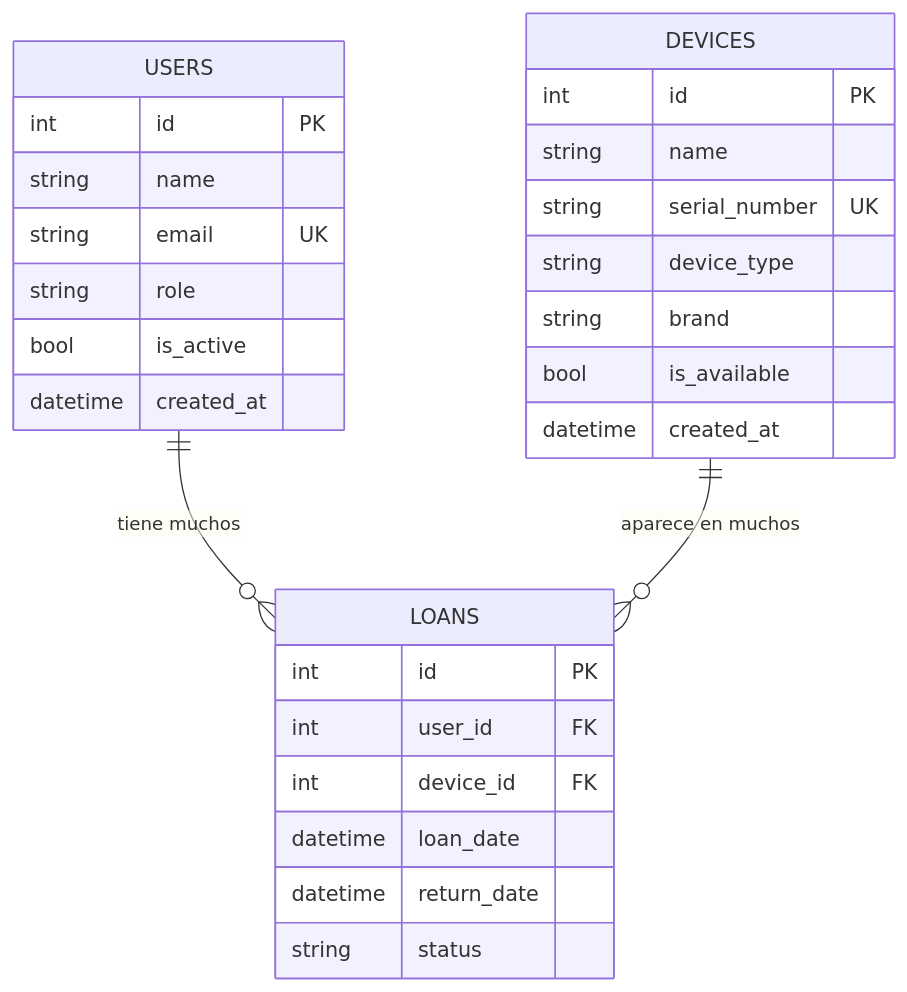
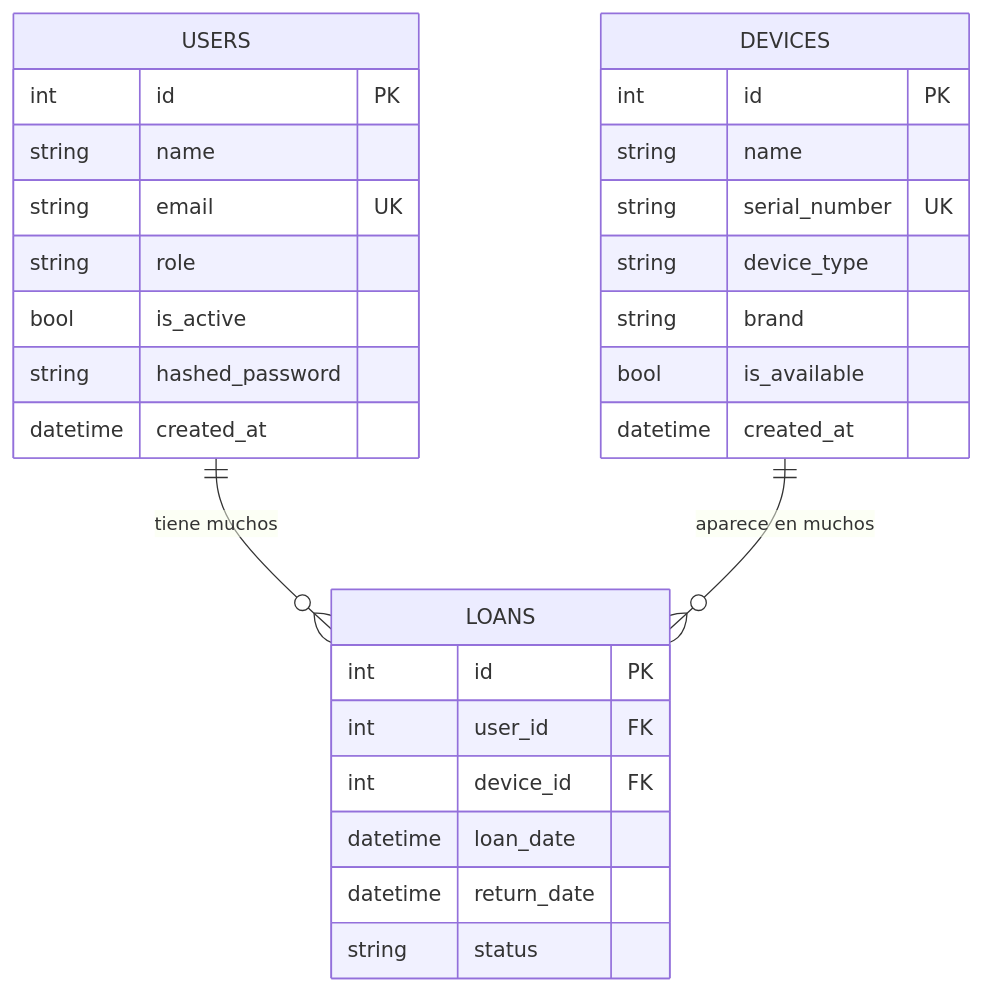
Before and after one commit to brandonmesamm-png/device_systems: the first of 2 diagrams in README.md, drawn with Mermaid. The commit also changed other lines of this file, not shown here.

````diff
--- a/README.md
+++ b/README.md
@@ -124,31 +169,32 @@
 ```mermaid
 erDiagram
     USERS ||--o{ LOANS : "tiene muchos"
     DEVICES ||--o{ LOANS : "aparece en muchos"
-
+ 
     USERS {
         int id PK
         string name
         string email UK
         string role
         bool is_active
+        string hashed_password
         datetime created_at
     }
     DEVICES {
         int id PK
         string name
         string serial_number UK
         string device_type
         string brand
         bool is_available
         datetime created_at
     }
     LOANS {
         int id PK
         int user_id FK
         int device_id FK
         datetime loan_date
         datetime return_date
         string status
     }
 ```
````
